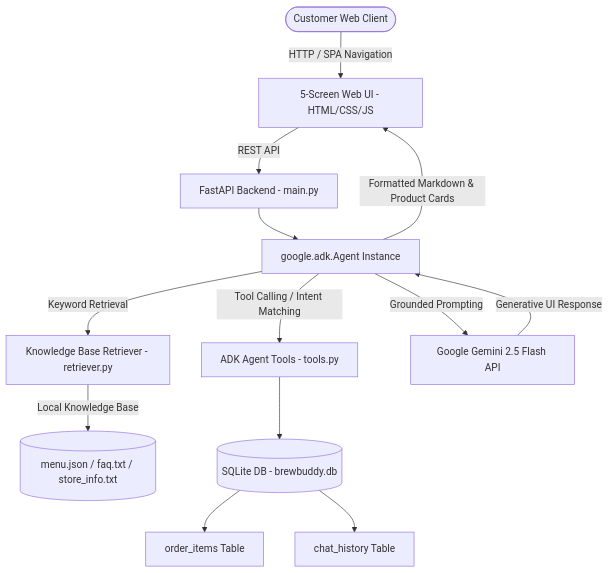
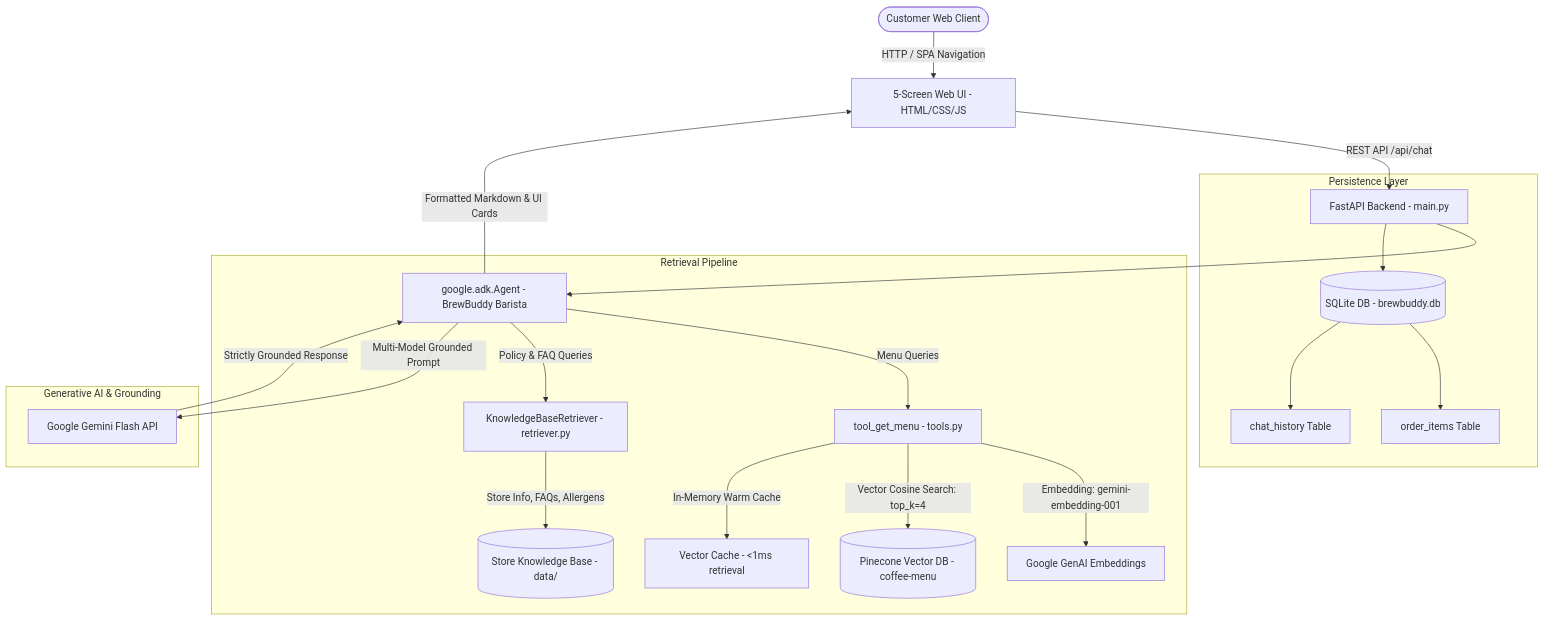
Before and after one commit to hemu2205/AI-Assistant-for-coffee-shop: the diagram in README.md, drawn with Mermaid. The commit also changed other lines of this file and 8 other files, not shown here.

Commit message:
feat: integrate Pinecone vector RAG, enhance FAQ and store policy retrieval, optimize latency, and update README

````diff
--- a/README.md
+++ b/README.md
@@ -13,17 +13,30 @@
 ```mermaid
 graph TD
     User([Customer Web Client]) -->|HTTP / SPA Navigation| Frontend[5-Screen Web UI - HTML/CSS/JS]
-    Frontend -->|REST API| FastAPI[FastAPI Backend - main.py]
-    FastAPI --> ADKAgent[google.adk.Agent Instance]
-    ADKAgent -->|Tool Calling / Intent Matching| Tools[ADK Agent Tools - tools.py]
-    ADKAgent -->|Keyword Retrieval| RAG[Knowledge Base Retriever - retriever.py]
-    RAG -->|Local Knowledge Base| Docs[(menu.json / faq.txt / store_info.txt)]
-    Tools --> DB[(SQLite DB - brewbuddy.db)]
+    Frontend -->|REST API /api/chat| FastAPI[FastAPI Backend - main.py]
     
-    DB --> OrderTable[order_items Table]
-    DB --> ChatTable[chat_history Table]
+    FastAPI --> ADKAgent[google.adk.Agent - BrewBuddy Barista]
     
-    ADKAgent -->|Grounded Prompting| Gemini[Google Gemini 2.5 Flash API]
-    Gemini -->|Generative UI Response| ADKAgent
-    ADKAgent -->|Formatted Markdown & Product Cards| Frontend
+    subgraph Retrieval Pipeline
+        ADKAgent -->|Menu Queries| PineconeTool[tool_get_menu - tools.py]
+        PineconeTool -->|Embedding: gemini-embedding-001| GenAIEmbed[Google GenAI Embeddings]
+        PineconeTool -->|Vector Cosine Search: top_k=4| PineconeDB[(Pinecone Vector DB - coffee-menu)]
+        PineconeTool -->|In-Memory Warm Cache| LocalCache[Vector Cache - <1ms retrieval]
+        
+        ADKAgent -->|Policy & FAQ Queries| FAQRetriever[KnowledgeBaseRetriever - retriever.py]
+        FAQRetriever -->|Store Info, FAQs, Allergens| StoreKB[(Store Knowledge Base - data/)]
+    end
+    
+    subgraph Persistence Layer
+        FastAPI --> SQLite[(SQLite DB - brewbuddy.db)]
+        SQLite --> OrderTable[order_items Table]
+        SQLite --> ChatTable[chat_history Table]
+    end
+    
+    subgraph Generative AI & Grounding
+        ADKAgent -->|Multi-Model Grounded Prompt| Gemini[Google Gemini Flash API]
+        Gemini -->|Strictly Grounded Response| ADKAgent
+    end
+    
+    ADKAgent -->|Formatted Markdown & UI Cards| Frontend
 ```
````
